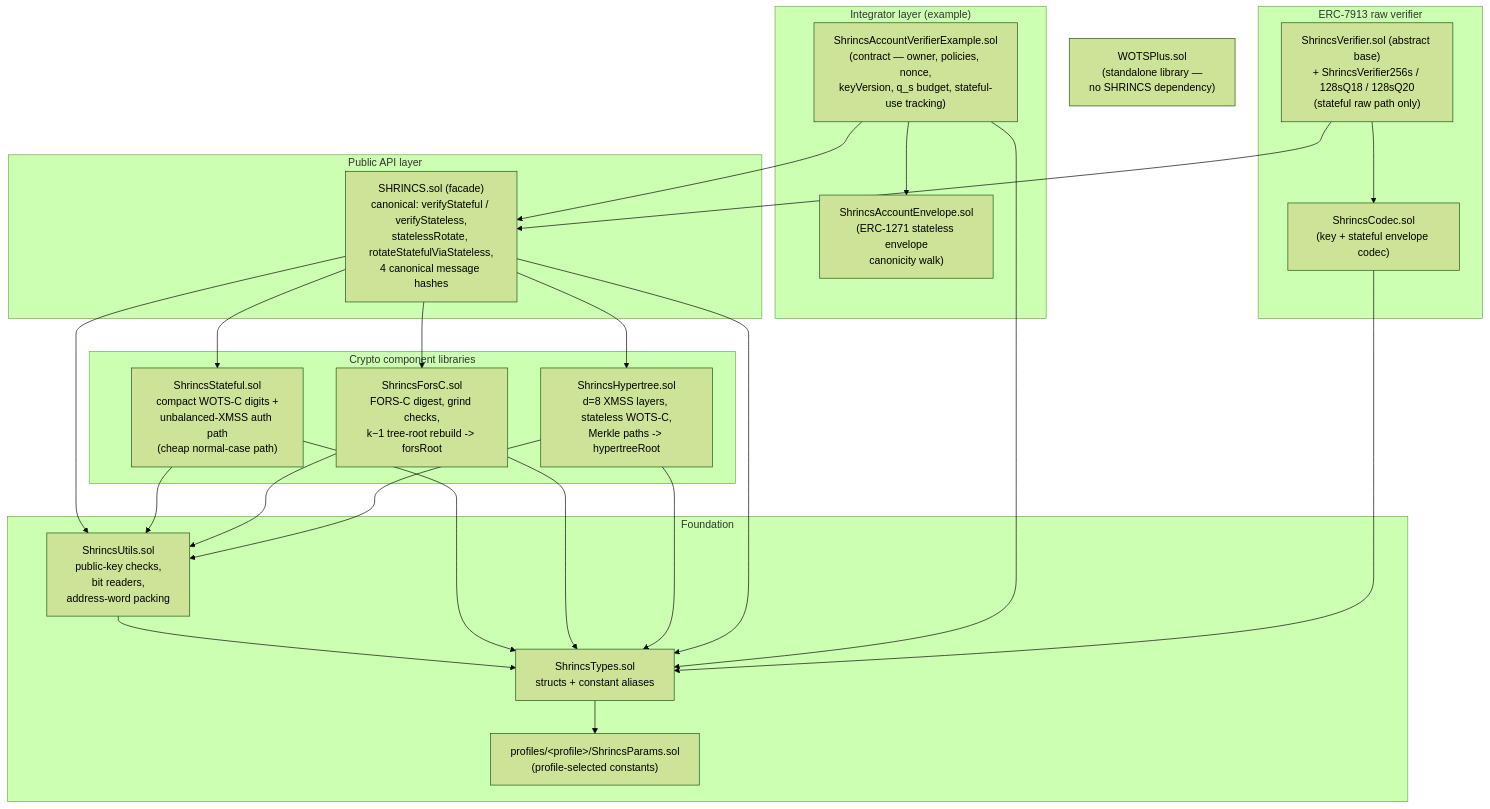
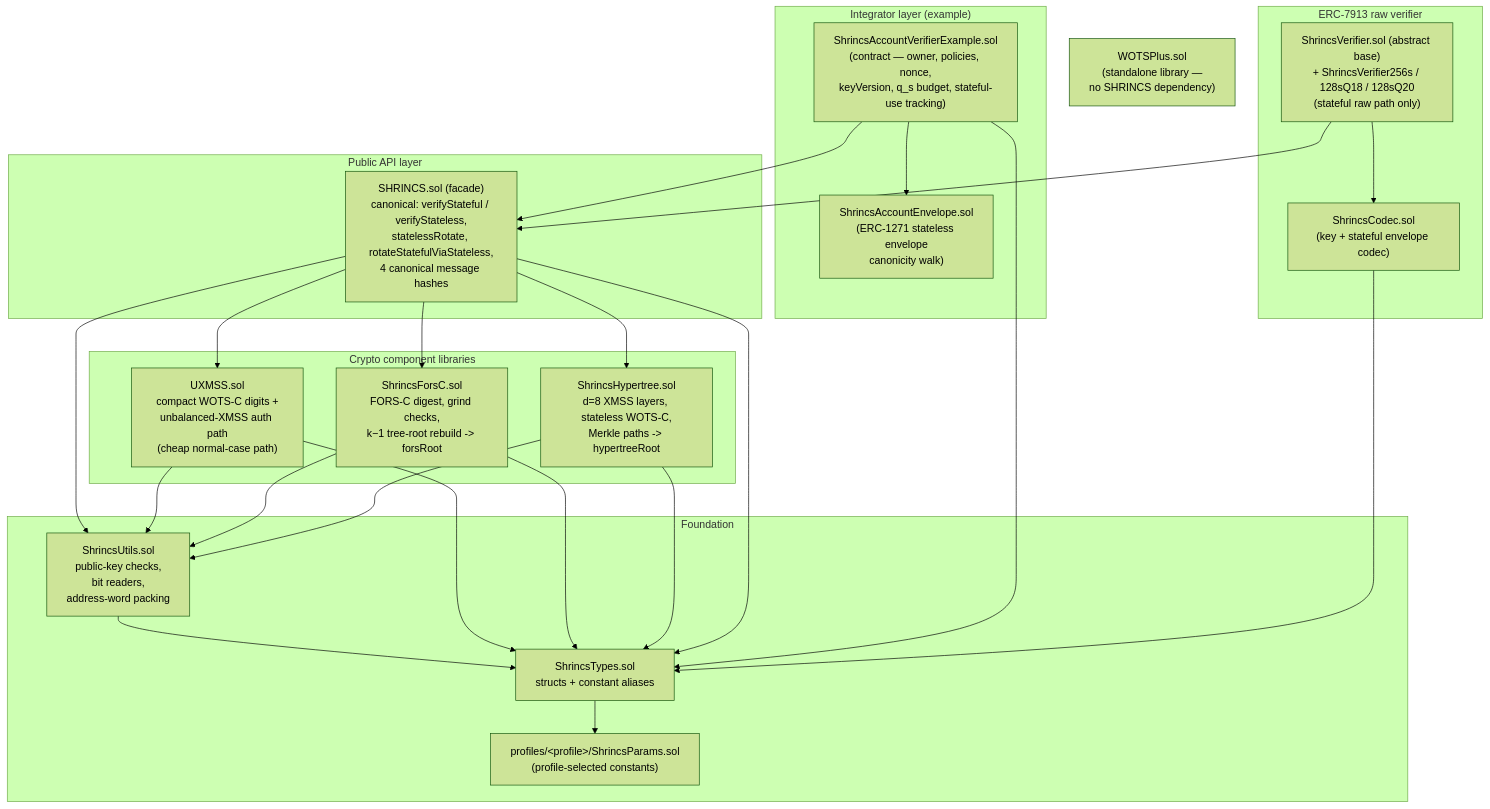
The first of 2 diagrams in README.md (QuipNetwork/hashsigs-solidity), drawn with Mermaid (forest theme) before and after one commit. The commit also changed other lines of this file and 23 other files, not shown here.

First line of the commit message:
Rename ShrincsStateful library and file to UXMSS

````diff
--- a/README.md
+++ b/README.md
@@ -119,50 +119,50 @@
 ```mermaid
 graph TD
     subgraph "Integrator layer (example)"
         EX["ShrincsAccountVerifierExample.sol<br/>(contract — owner, policies, nonce,<br/>keyVersion, q_s budget, stateful-use tracking)"]
         EN["ShrincsAccountEnvelope.sol<br/>(ERC-1271 stateless envelope<br/>canonicity walk)"]
     end
 
     subgraph "ERC-7913 raw verifier"
         VF["ShrincsVerifier.sol (abstract base)<br/>+ ShrincsVerifier256s / 128sQ18 / 128sQ20<br/>(stateful raw path only)"]
         CO["ShrincsCodec.sol<br/>(key + stateful envelope codec)"]
     end
 
     subgraph "Public API layer"
         FA["SHRINCS.sol (facade)<br/>canonical: verifyStateful / verifyStateless,<br/>statelessRotate, rotateStatefulViaStateless,<br/>4 canonical message hashes"]
     end
 
     subgraph "Crypto component libraries"
-        ST["ShrincsStateful.sol<br/>compact WOTS-C digits +<br/>unbalanced-XMSS auth path<br/>(cheap normal-case path)"]
+        ST["UXMSS.sol<br/>compact WOTS-C digits +<br/>unbalanced-XMSS auth path<br/>(cheap normal-case path)"]
         FO["ShrincsForsC.sol<br/>FORS-C digest, grind checks,<br/>k−1 tree-root rebuild -> forsRoot"]
         HY["ShrincsHypertree.sol<br/>d=8 XMSS layers, stateless WOTS-C,<br/>Merkle paths -> hypertreeRoot"]
     end
 
     subgraph "Foundation"
         UT["ShrincsUtils.sol<br/>public-key checks,<br/>bit readers,<br/>address-word packing"]
         TY["ShrincsTypes.sol<br/>structs + constant aliases"]
         PA["profiles/&lt;profile&gt;/ShrincsParams.sol<br/>(profile-selected constants)"]
     end
 
     WP["WOTSPlus.sol<br/>(standalone library —<br/>no SHRINCS dependency)"]
 
     EX --> FA
     EX --> EN
     VF --> CO
     VF --> FA
     FA --> ST
     FA --> FO
     FA --> HY
     FA --> UT
     ST --> UT
     FO --> UT
     HY --> UT
     UT --> TY
     ST --> TY
     FO --> TY
     HY --> TY
     FA --> TY
     EX --> TY
     CO --> TY
     TY --> PA
 ```
````
